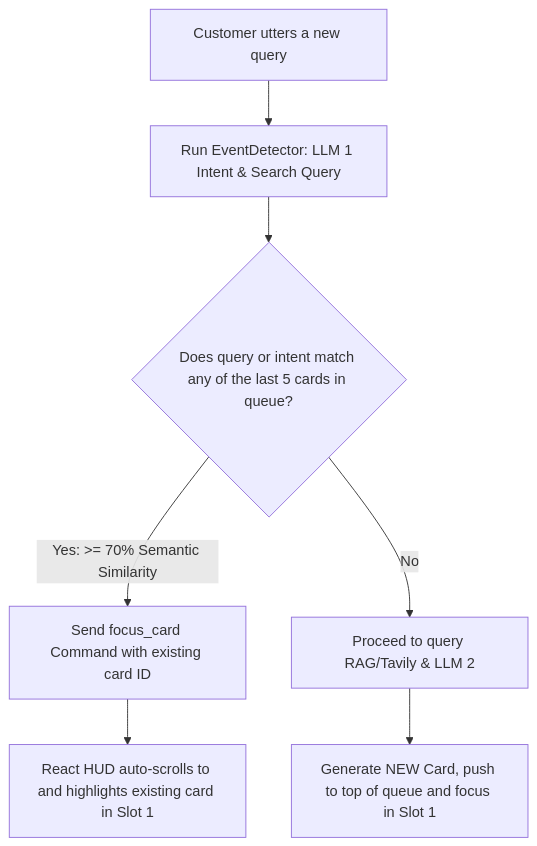
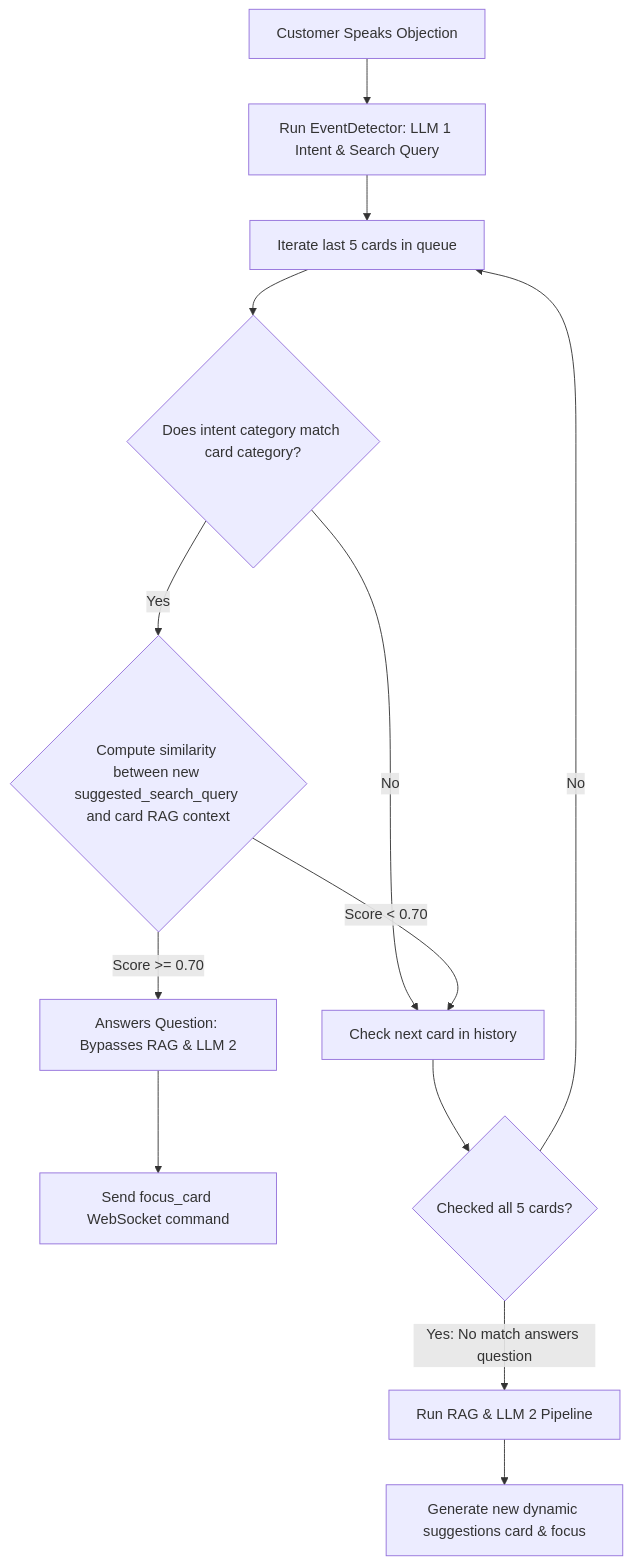
Before and after one commit to saranganet/arkham: the diagram in refer/intelligent_focus_scrolling_architecture.md, drawn with Mermaid. The commit also changed other lines of this file, not shown here.

Commit message:
update intelligent scroll HUD reference file with sequential scroll and manual override rules

````diff
--- a/refer/intelligent_focus_scrolling_architecture.md
+++ b/refer/intelligent_focus_scrolling_architecture.md
@@ -22,11 +30,20 @@
 ```mermaid
 flowchart TD
-    CustomerSpeech[Customer utters a new query] --> RunLLM1[Run EventDetector: LLM 1 Intent & Search Query]
-    RunLLM1 --> CheckHistory{Does query or intent match any of the last 5 cards in queue?}
+    CustomerSpeech[Customer Speaks Objection] --> LLM1[Run EventDetector: LLM 1 Intent & Search Query]
+    LLM1 --> LoopHistory[Iterate last 5 cards in queue]
     
-    CheckHistory -->|Yes: >= 70% Semantic Similarity| FocusCard[Send focus_card Command with existing card ID]
-    FocusCard --> ScrollUI[React HUD auto-scrolls to and highlights existing card in Slot 1]
+    LoopHistory --> CategoryCheck{Does intent category match card category?}
     
-    CheckHistory -->|No| RunRAG[Proceed to query RAG/Tavily & LLM 2]
-    RunRAG --> NewCard[Generate NEW Card, push to top of queue and focus in Slot 1]
+    CategoryCheck -->|No| NextCard[Check next card in history]
+    CategoryCheck -->|Yes| SemanticCheck{Compute similarity between new suggested_search_query and card RAG context}
+    
+    SemanticCheck -->|Score >= 0.70| ConfirmAnswer[Answers Question: Bypasses RAG & LLM 2]
+    ConfirmAnswer --> SendFocus[Send focus_card WebSocket command]
+    
+    SemanticCheck -->|Score < 0.70| NextCard
+    
+    NextCard --> AllChecked{Checked all 5 cards?}
+    AllChecked -->|No| LoopHistory
+    AllChecked -->|Yes: No match answers question| RunGen[Run RAG & LLM 2 Pipeline]
+    RunGen --> NewCard[Generate new dynamic suggestions card & focus]
 ```
````
